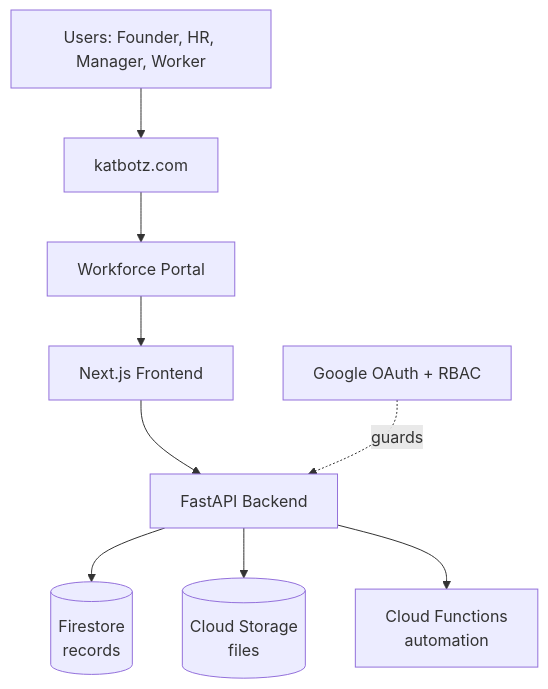
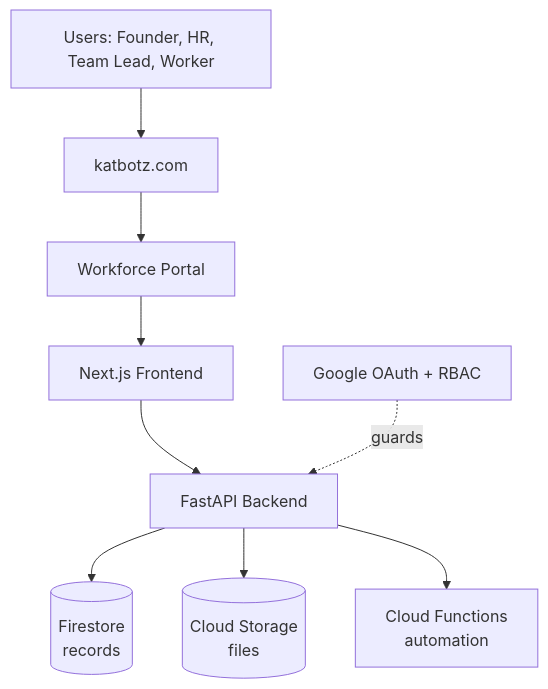
Before and after one commit to aayushi111-png/Workforce: the first of 2 diagrams in 06-system-architecture.md, drawn with Mermaid. The commit also changed 8 other files, not shown here.

First line of the commit message:
Rename Manager role to Team Lead across all docs

````diff
--- a/06-system-architecture.md
+++ b/06-system-architecture.md
@@ -5,12 +5,12 @@
 ```mermaid
 flowchart TD
-    U[Users: Founder, HR, Manager, Worker]
+    U[Users: Founder, HR, Team Lead, Worker]
     U --> DOM[katbotz.com]
     DOM --> PORTAL[Workforce Portal]
     PORTAL --> FE[Next.js Frontend]
     FE --> BE[FastAPI Backend]
     BE --> DB[(Firestore<br/>records)]
     BE --> GCS[(Cloud Storage<br/>files)]
     BE --> CF[Cloud Functions<br/>automation]
     AUTH[Google OAuth + RBAC] -.guards.-> BE
 ```
````
